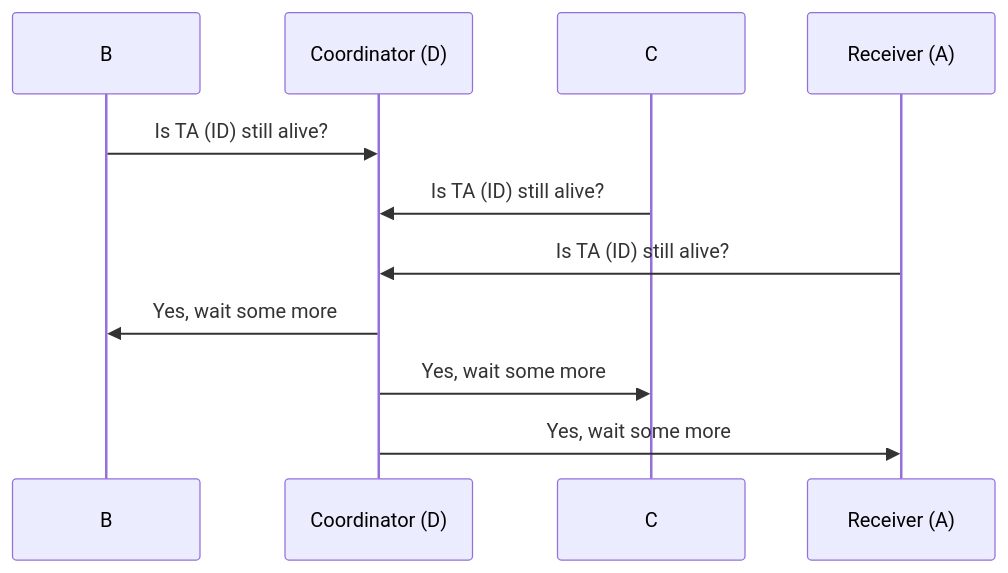
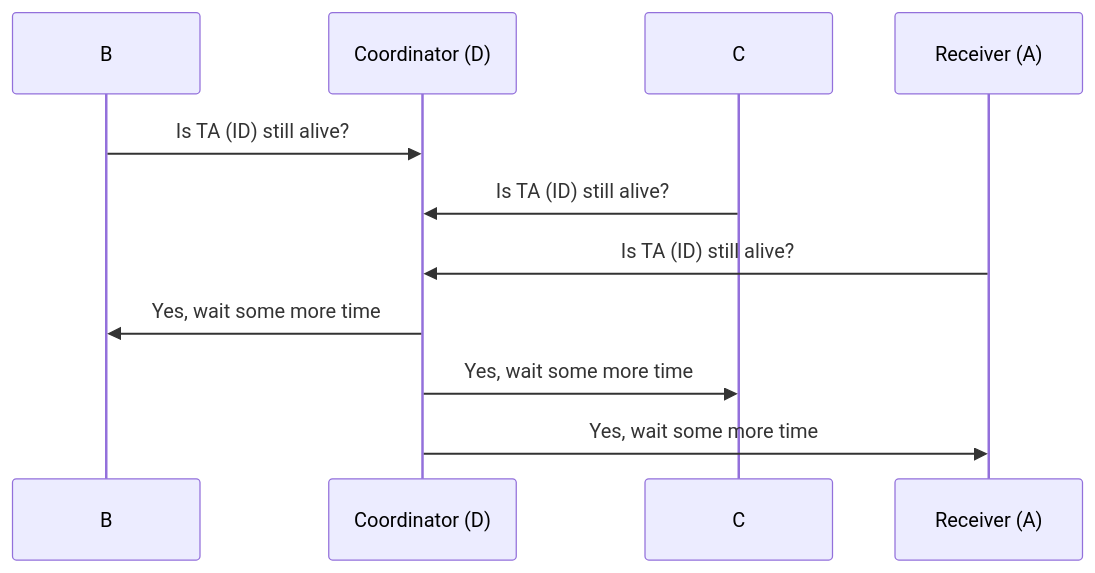
One commit to GEO-Protocol/specs-protocol changed the third of 9 diagrams in transactions/transactions.md. Above: the diagram before and after it, drawn with Mermaid. The commit also changed other lines of this file, not shown here.

````diff
--- a/transactions/transactions.md
+++ b/transactions/transactions.md
@@ -252,10 +257,10 @@
 ```mermaid
 sequenceDiagram
     B->>Coordinator (D): Is TA (ID) still alive?
     C->>Coordinator (D): Is TA (ID) still alive?
     Receiver (A)->>Coordinator (D): Is TA (ID) still alive?
 
-    Coordinator (D)->>B: Yes, wait some more
-    Coordinator (D)->>C: Yes, wait some more
-    Coordinator (D)->>Receiver (A): Yes, wait some more
+    Coordinator (D)->>B: Yes, wait some more time
+    Coordinator (D)->>C: Yes, wait some more time
+    Coordinator (D)->>Receiver (A): Yes, wait some more time
 ```
````
